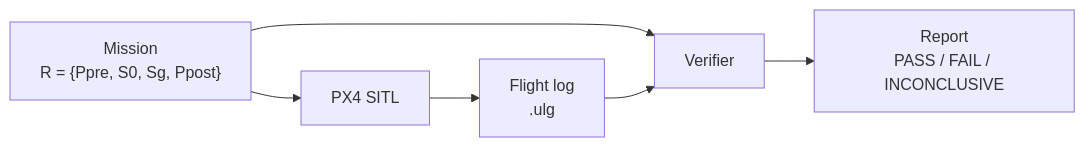
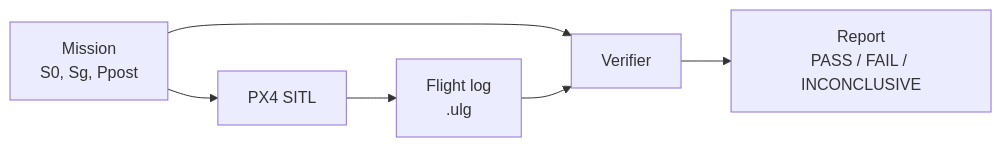
The first of 3 diagrams in docs/design.md (Ps-Tl-lp/DASA), drawn with Mermaid before and after one commit. The commit also changed other lines of this file and 1 other file, not shown here.

First line of the commit message:
Keep preconditions in the platform config, not the mission

````diff
--- a/docs/design.md
+++ b/docs/design.md
@@ -33,8 +33,8 @@
 ```mermaid
 flowchart LR
-    M["Mission<br/>R = {Ppre, S0, Sg, Ppost}"] --> S[PX4 SITL]
+    M["Mission<br/>S0, Sg, Ppost"] --> S[PX4 SITL]
     S --> L[Flight log<br/>.ulg]
     M --> V[Verifier]
     L --> V
     V --> R[Report<br/>PASS / FAIL / INCONCLUSIVE]
 ```
````
